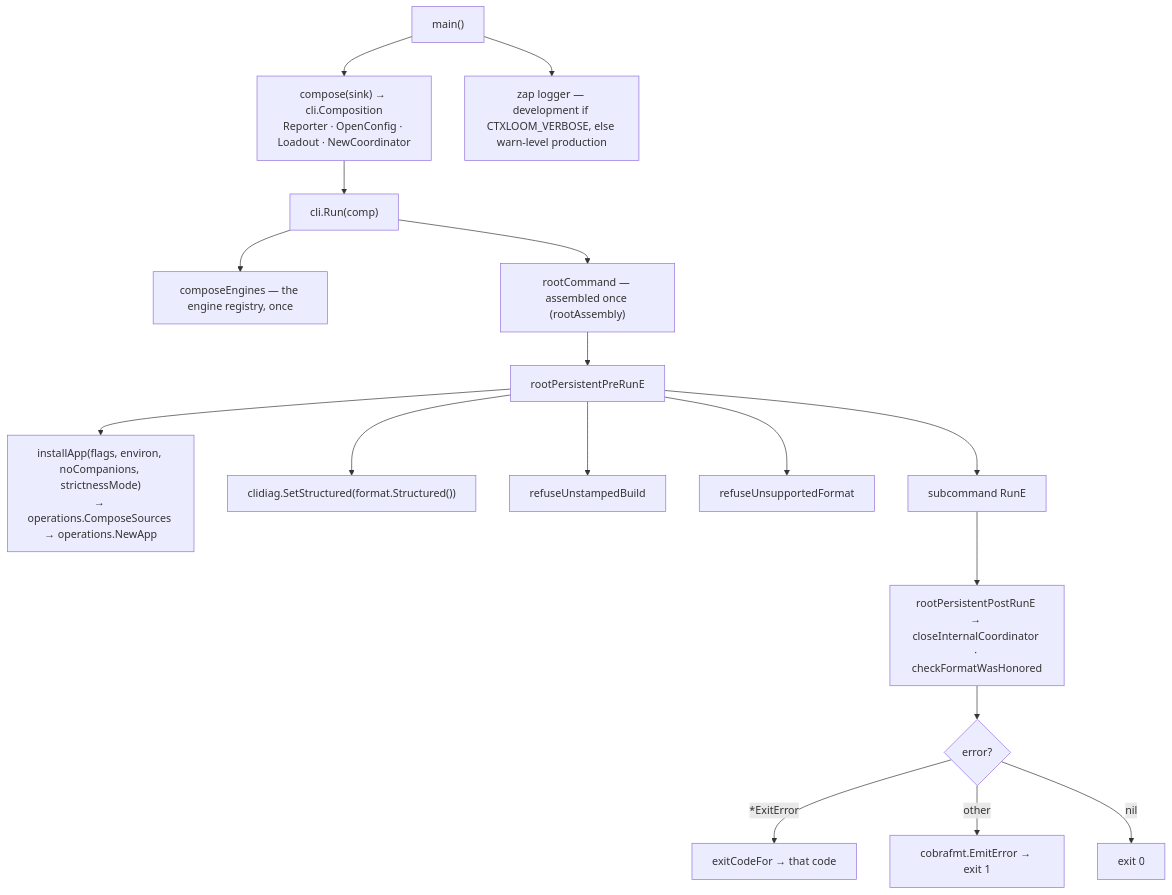
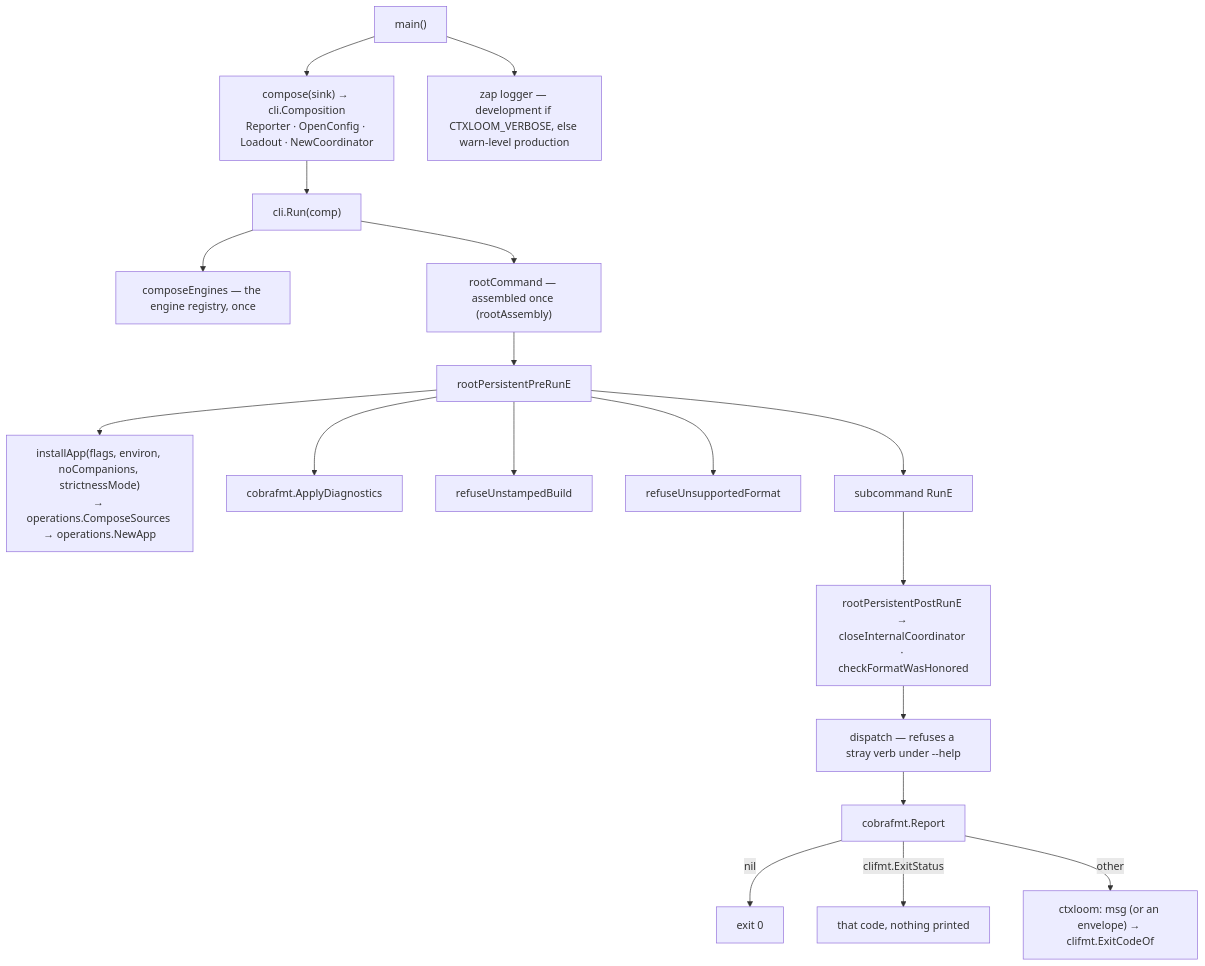
One commit to ctxloom/ctxloom changed the diagram in docs/architecture/cli/entrypoints.md. Above: the diagram before and after it, drawn with Mermaid. The commit also changed other lines of this file and 32 other files, not shown here.

First line of the commit message:
clifmts7: ctxloom ends through the family's cobrafmt.Report

````diff
--- a/docs/architecture/cli/entrypoints.md
+++ b/docs/architecture/cli/entrypoints.md
@@ -24,20 +24,21 @@
 ```mermaid
 flowchart TD
     M["main()"]
     M --> CO["compose(sink) → cli.Composition<br/>Reporter · OpenConfig · Loadout · NewCoordinator"]
     M --> LOG["zap logger — development if CTXLOOM_VERBOSE, else warn-level production"]
     CO --> RUN["cli.Run(comp)"]
     RUN --> CE["composeEngines — the engine registry, once"]
     RUN --> RC["rootCommand — assembled once (rootAssembly)"]
     RC --> PPR["rootPersistentPreRunE"]
     PPR --> IA["installApp(flags, environ, noCompanions, strictnessMode)<br/>→ operations.ComposeSources → operations.NewApp"]
-    PPR --> FG["clidiag.SetStructured(format.Structured())"]
+    PPR --> FG["cobrafmt.ApplyDiagnostics"]
     PPR --> RUB["refuseUnstampedBuild"]
     PPR --> RUF["refuseUnsupportedFormat"]
     PPR --> RUNE["subcommand RunE"]
     RUNE --> POST["rootPersistentPostRunE → closeInternalCoordinator · checkFormatWasHonored"]
-    POST --> ERR{"error?"}
-    ERR -->|"*ExitError"| CODE["exitCodeFor → that code"]
-    ERR -->|other| REP["cobrafmt.EmitError → exit 1"]
-    ERR -->|nil| OK["exit 0"]
+    POST --> DISP["dispatch — refuses a stray verb under --help"]
+    DISP --> REPT["cobrafmt.Report"]
+    REPT -->|nil| OK["exit 0"]
+    REPT -->|"clifmt.ExitStatus"| CODE["that code, nothing printed"]
+    REPT -->|other| REP["ctxloom: msg (or an envelope) → clifmt.ExitCodeOf"]
 ```
````
